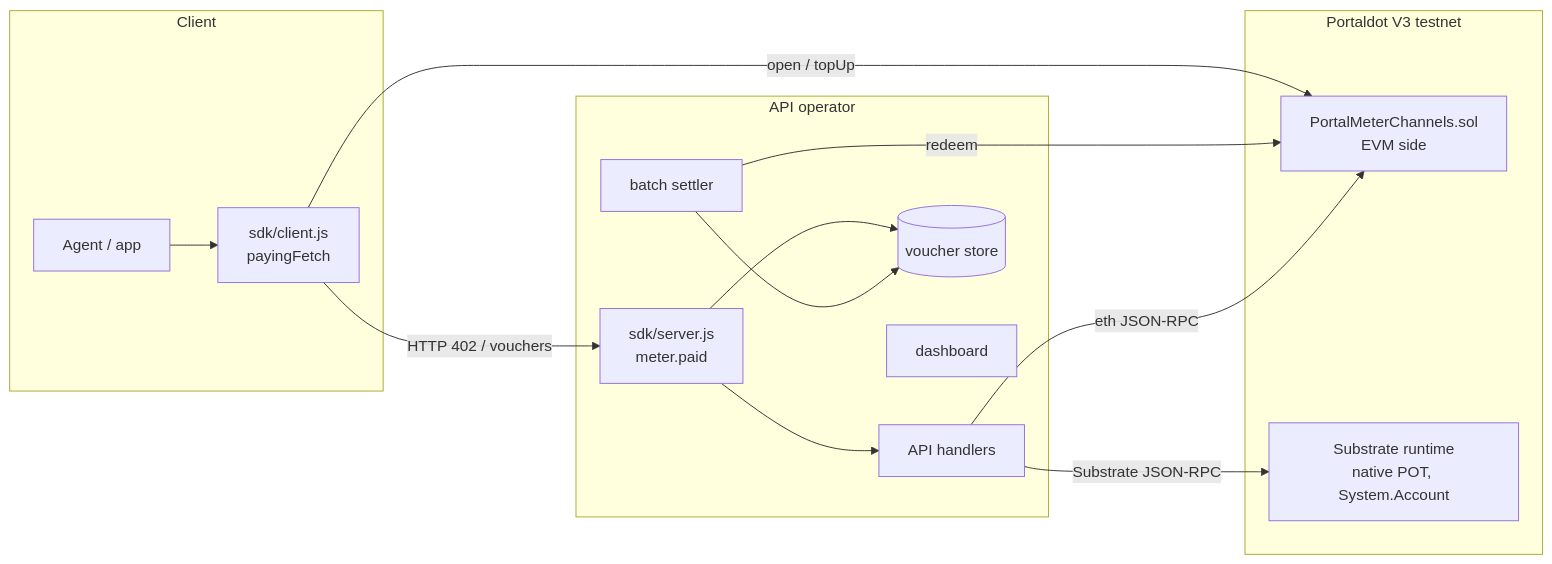
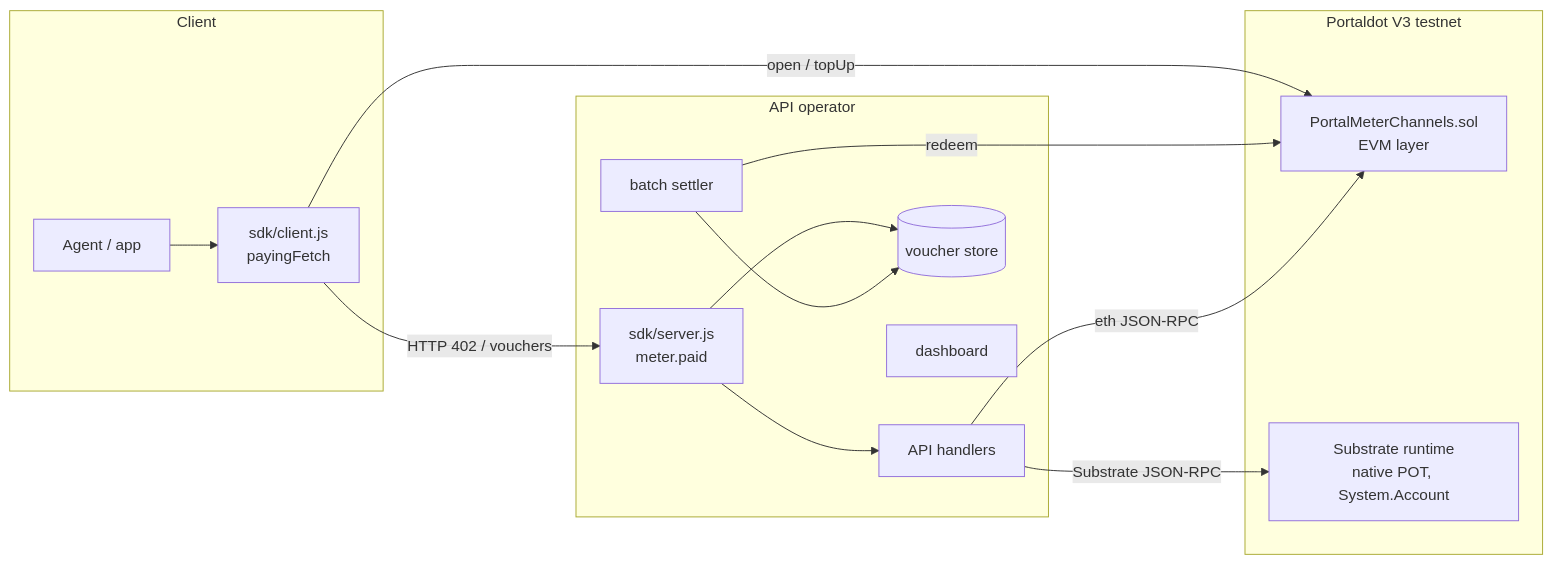
Before and after one commit to xkuzmi/portaldot-hackathon-2026-portalmeter-xkuzmi: the first of 2 diagrams in README.md, drawn with Mermaid. The commit also changed other lines of this file, not shown here.

````diff
--- a/README.md
+++ b/README.md
@@ -38,21 +32,21 @@
 ```mermaid
 flowchart LR
     subgraph Client
         AG[Agent / app] --> PF[sdk/client.js<br/>payingFetch]
     end
     subgraph "API operator"
         MW[sdk/server.js<br/>meter.paid] --> H[API handlers]
         MW --> ST[(voucher store)]
         SET[batch settler] --> ST
         DB[dashboard]
     end
     subgraph "Portaldot V3 testnet"
-        EVM[PortalMeterChannels.sol<br/>EVM side]
+        EVM[PortalMeterChannels.sol<br/>EVM layer]
         NAT[Substrate runtime<br/>native POT, System.Account]
     end
     PF -- HTTP 402 / vouchers --> MW
     PF -- open / topUp --> EVM
     SET -- redeem --> EVM
     H -- eth JSON-RPC --> EVM
     H -- Substrate JSON-RPC --> NAT
 ```
````
